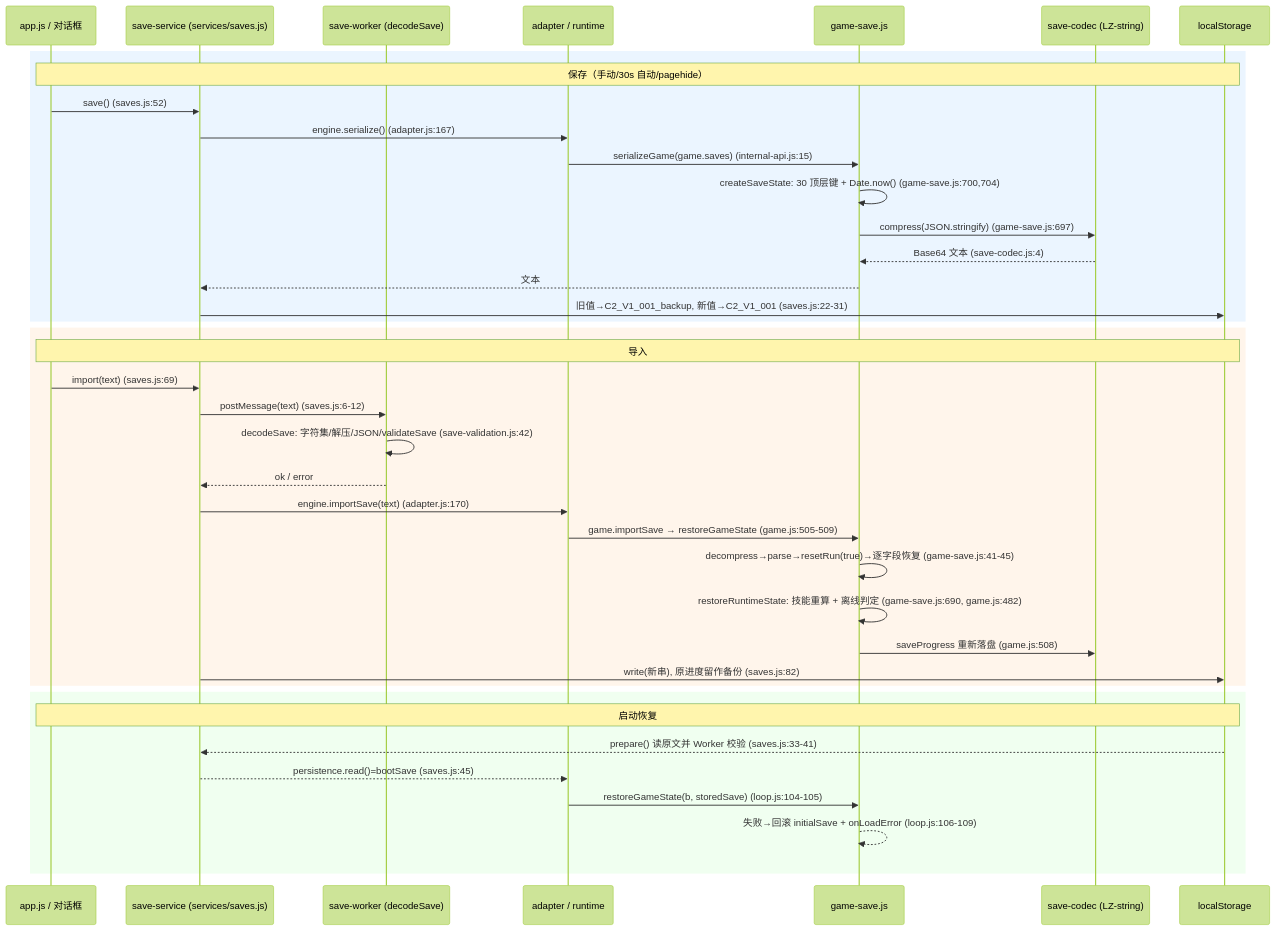
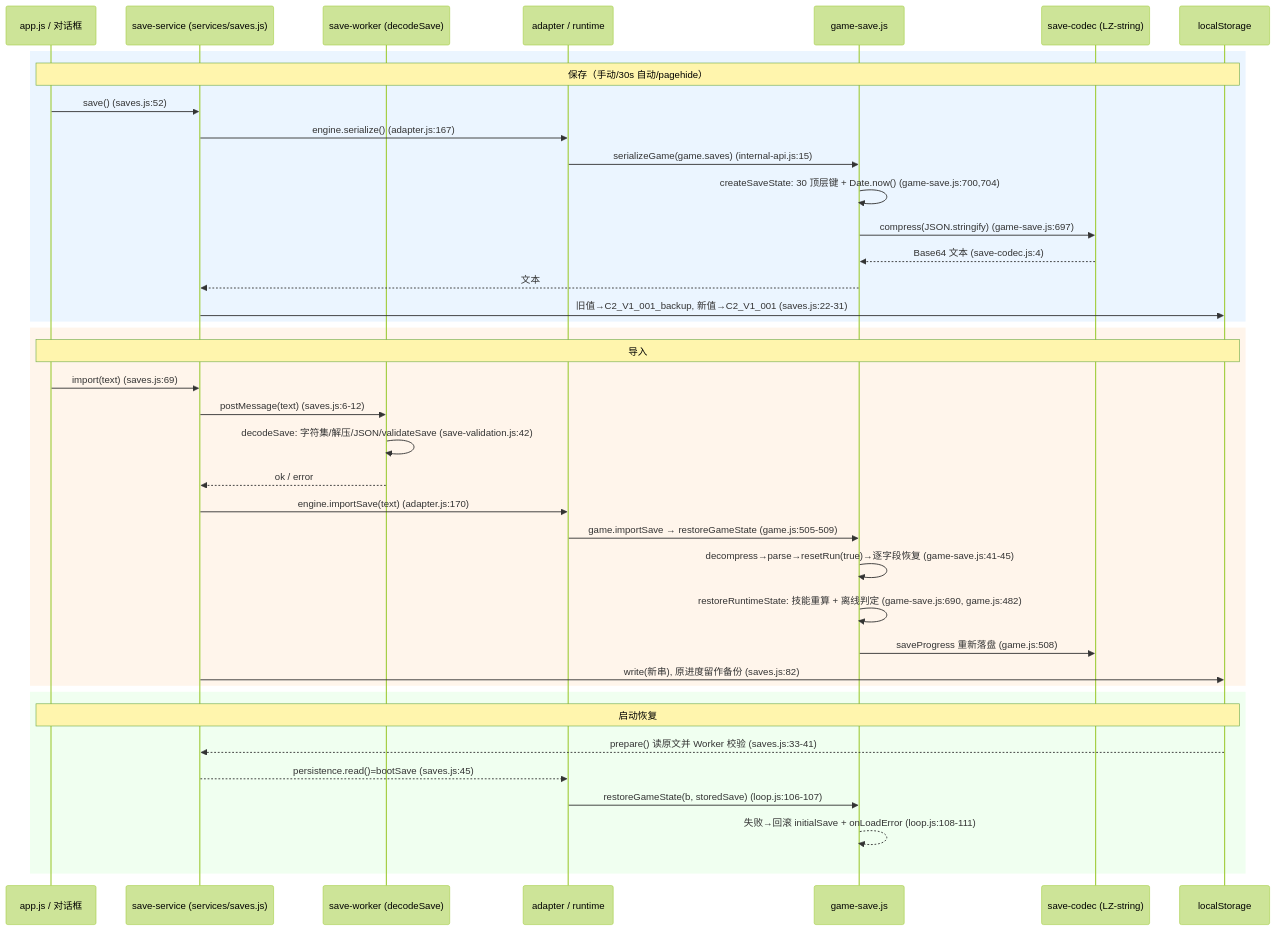
Before and after one commit to TT-106/click: the fourth of 6 diagrams in docs/architecture.md, drawn with Mermaid (forest theme). The commit also changed other lines of this file and 15 other files, not shown here.

````diff
--- a/docs/architecture.md
+++ b/docs/architecture.md
@@ -284,44 +284,44 @@
 ```mermaid
 sequenceDiagram
     participant UI as app.js / 对话框
     participant SV as save-service (services/saves.js)
     participant WV as save-worker (decodeSave)
     participant AD as adapter / runtime
     participant GS as game-save.js
     participant SC as save-codec (LZ-string)
     participant LS as localStorage
 
     rect rgb(235, 245, 255)
     Note over UI,LS: 保存（手动/30s 自动/pagehide）
     UI->>SV: save() (saves.js:52)
     SV->>AD: engine.serialize() (adapter.js:167)
     AD->>GS: serializeGame(game.saves) (internal-api.js:15)
     GS->>GS: createSaveState: 30 顶层键 + Date.now() (game-save.js:700,704)
     GS->>SC: compress(JSON.stringify) (game-save.js:697)
     SC-->>GS: Base64 文本 (save-codec.js:4)
     GS-->>SV: 文本
     SV->>LS: 旧值→C2_V1_001_backup, 新值→C2_V1_001 (saves.js:22-31)
     end
 
     rect rgb(255, 245, 235)
     Note over UI,LS: 导入
     UI->>SV: import(text) (saves.js:69)
     SV->>WV: postMessage(text) (saves.js:6-12)
     WV->>WV: decodeSave: 字符集/解压/JSON/validateSave (save-validation.js:42)
     WV-->>SV: ok / error
     SV->>AD: engine.importSave(text) (adapter.js:170)
     AD->>GS: game.importSave → restoreGameState (game.js:505-509)
     GS->>GS: decompress→parse→resetRun(true)→逐字段恢复 (game-save.js:41-45)
     GS->>GS: restoreRuntimeState: 技能重算 + 离线判定 (game-save.js:690, game.js:482)
     GS->>SC: saveProgress 重新落盘 (game.js:508)
     SV->>LS: write(新串), 原进度留作备份 (saves.js:82)
     end
 
     rect rgb(240, 255, 240)
     Note over UI,LS: 启动恢复
     LS-->>SV: prepare() 读原文并 Worker 校验 (saves.js:33-41)
     SV-->>AD: persistence.read()=bootSave (saves.js:45)
-    AD->>GS: restoreGameState(b, storedSave) (loop.js:104-105)
-    GS-->>GS: 失败→回滚 initialSave + onLoadError (loop.js:106-109)
+    AD->>GS: restoreGameState(b, storedSave) (loop.js:106-107)
+    GS-->>GS: 失败→回滚 initialSave + onLoadError (loop.js:108-111)
     end
 ```
````
